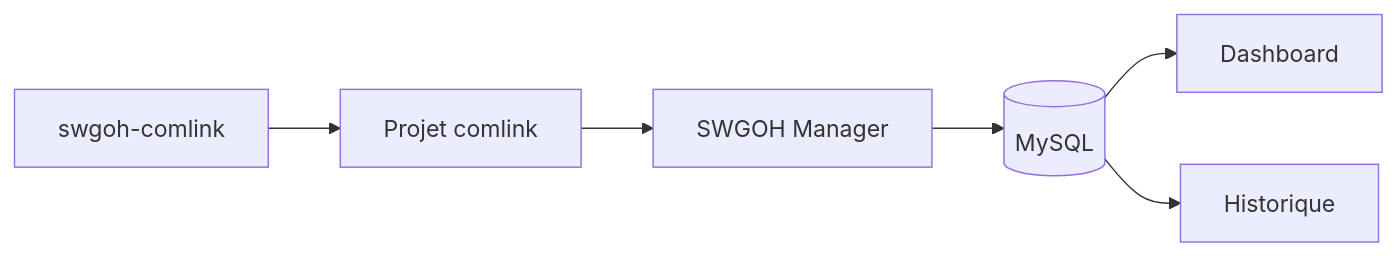
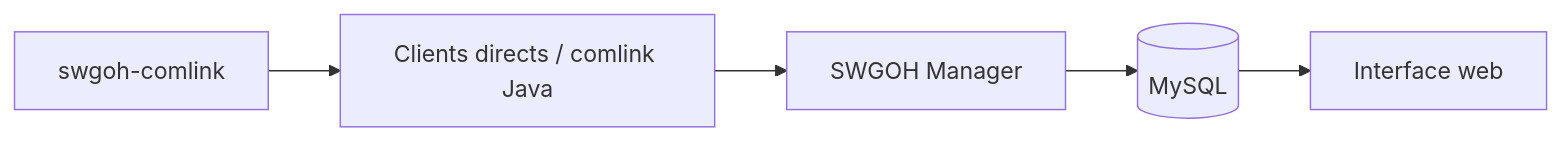
The second of 3 diagrams in README.md (Xalkinn/swgoh-manager), drawn with Mermaid before and after one commit. The commit also changed other lines of this file and 14 other files, not shown here.

````diff
--- a/README.md
+++ b/README.md
@@ -362,15 +729,13 @@
 ```mermaid
 flowchart LR
-    A[swgoh-comlink]
-    B[Projet comlink]
-    C[SWGOH Manager]
-    D[(MySQL)]
-    E[Dashboard]
-    F[Historique]
+    SC[swgoh-comlink]
+    CL[Clients directs / comlink Java]
+    APP[SWGOH Manager]
+    DB[(MySQL)]
+    UI[Interface web]
 
-    A --> B
-    B --> C
-    C --> D
-    D --> E
-    D --> F
+    SC --> CL
+    CL --> APP
+    APP --> DB
+    DB --> UI
 ```
````
